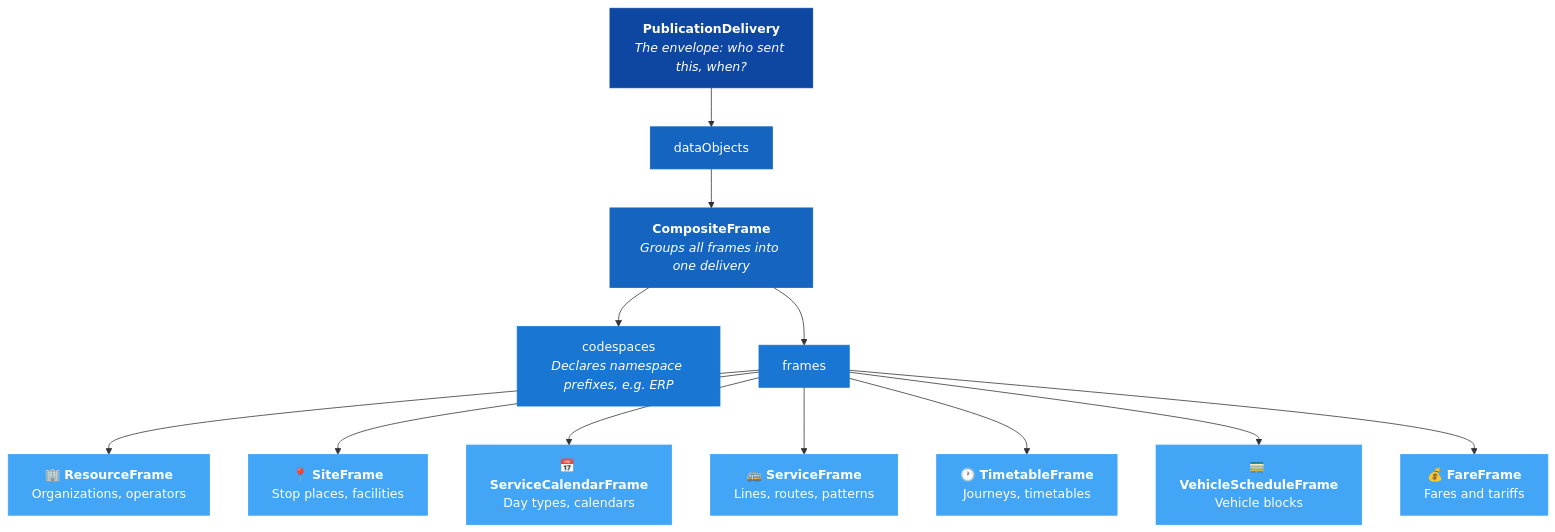
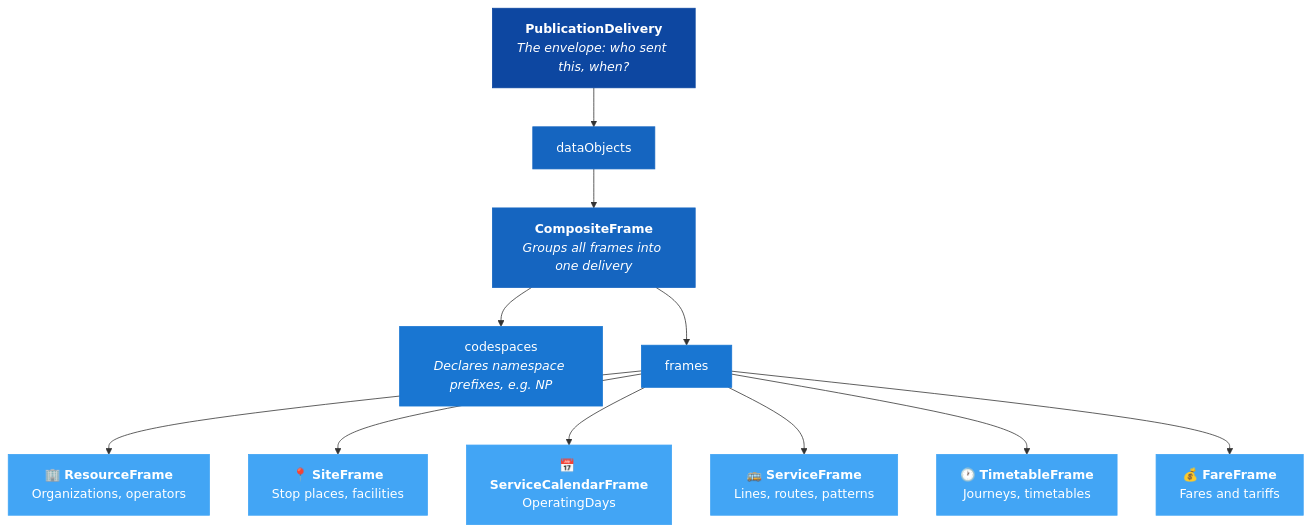
Before and after one commit to hfjelstad/uic-netex-profile-workspace-full: the second of 3 diagrams in Guides/GetStarted/GetStarted_Guide.md, drawn with Mermaid. The commit also changed other lines of this file and 137 other files, not shown here.

````diff
--- a/Guides/GetStarted/GetStarted_Guide.md
+++ b/Guides/GetStarted/GetStarted_Guide.md
@@ -65,40 +63,37 @@
 ```mermaid
 flowchart TD
     PD["<b>PublicationDelivery</b><br/><i>The envelope: who sent this, when?</i>"]
     DO["dataObjects"]
     CF["<b>CompositeFrame</b><br/><i>Groups all frames into one delivery</i>"]
-    CS["codespaces<br/><i>Declares namespace prefixes, e.g. ERP</i>"]
+    CS["codespaces<br/><i>Declares namespace prefixes, e.g. NP</i>"]
     FR["frames"]
 
     RF["🏢 <b>ResourceFrame</b><br/>Organizations, operators"]
     SF["📍 <b>SiteFrame</b><br/>Stop places, facilities"]
-    SCF["📅 <b>ServiceCalendarFrame</b><br/>Day types, calendars"]
+    SCF["📅 <b>ServiceCalendarFrame</b><br/>OperatingDays"]
     SVF["🚌 <b>ServiceFrame</b><br/>Lines, routes, patterns"]
     TF["🕐 <b>TimetableFrame</b><br/>Journeys, timetables"]
-    VSF["🚃 <b>VehicleScheduleFrame</b><br/>Vehicle blocks"]
     FF["💰 <b>FareFrame</b><br/>Fares and tariffs"]
 
     PD --> DO --> CF
     CF --> CS
     CF --> FR
     FR --> RF
     FR --> SF
     FR --> SCF
     FR --> SVF
     FR --> TF
-    FR --> VSF
     FR --> FF
 
     style PD fill:#0D47A1,stroke:#0D47A1,color:#fff
     style DO fill:#1565C0,stroke:#1565C0,color:#fff
     style CF fill:#1565C0,stroke:#1565C0,color:#fff
     style CS fill:#1976D2,stroke:#1976D2,color:#fff
     style FR fill:#1976D2,stroke:#1976D2,color:#fff
     style RF fill:#42A5F5,stroke:#42A5F5,color:#fff
     style SF fill:#42A5F5,stroke:#42A5F5,color:#fff
     style SCF fill:#42A5F5,stroke:#42A5F5,color:#fff
     style SVF fill:#42A5F5,stroke:#42A5F5,color:#fff
     style TF fill:#42A5F5,stroke:#42A5F5,color:#fff
-    style VSF fill:#42A5F5,stroke:#42A5F5,color:#fff
     style FF fill:#42A5F5,stroke:#42A5F5,color:#fff
 ```
````
